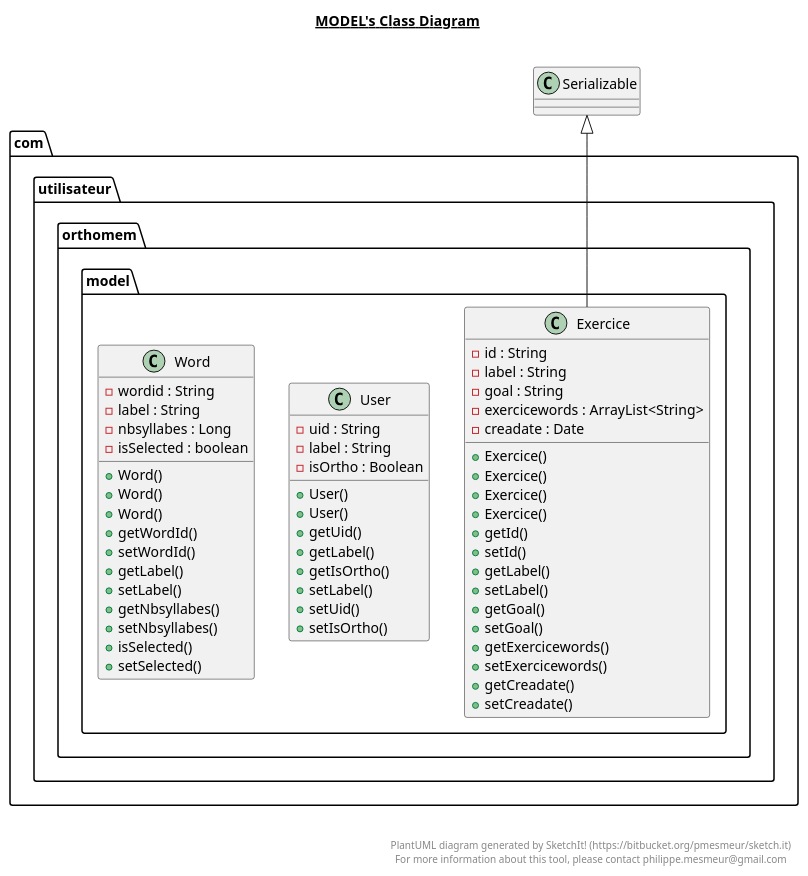
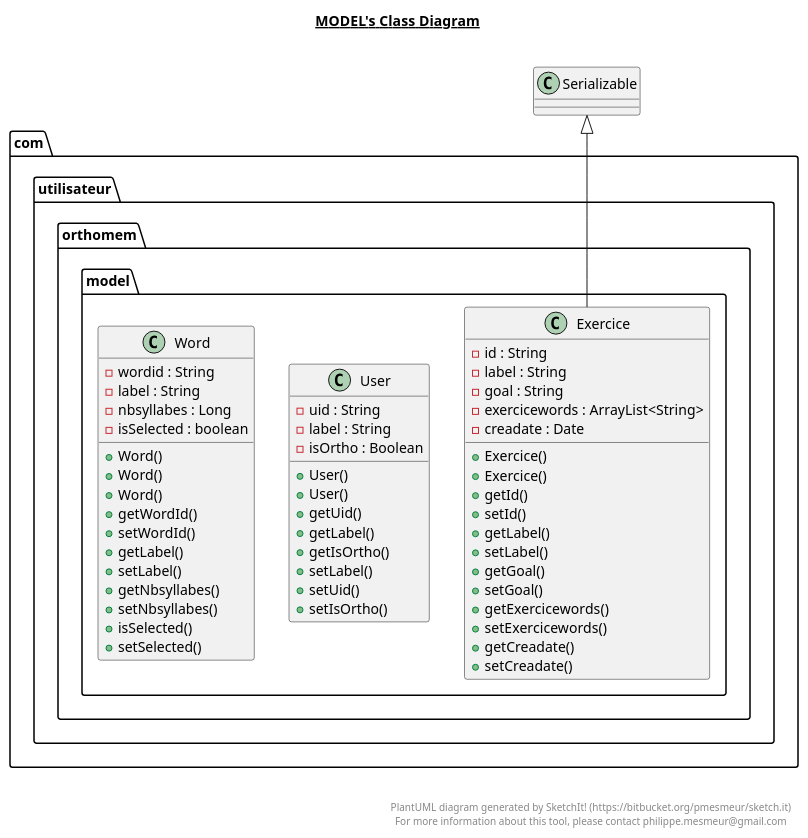
One commit to rv25oc/orthomem changed the diagram in app/src/main/java/com/utilisateur/orthomem/model/model.plantuml. Above: the diagram before and after it, drawn with PlantUML. The commit also changed 23 other files, not shown here.

```diff
--- a/app/src/main/java/com/utilisateur/orthomem/model/model.plantuml
+++ b/app/src/main/java/com/utilisateur/orthomem/model/model.plantuml
@@ -1,84 +1,82 @@
 @startuml
 
 title __MODEL's Class Diagram__\n
 
   package com.utilisateur.orthomem {
     package com.utilisateur.orthomem.model {
       class Exercice {
           - id : String
           - label : String
           - goal : String
           - exercicewords : ArrayList<String>
           - creadate : Date
-          + Exercice()
-          + Exercice()
           + Exercice()
           + Exercice()
           + getId()
           + setId()
           + getLabel()
           + setLabel()
           + getGoal()
           + setGoal()
           + getExercicewords()
           + setExercicewords()
           + getCreadate()
           + setCreadate()
       }
     }
   }
   
 
   package com.utilisateur.orthomem {
     package com.utilisateur.orthomem.model {
       class User {
           - uid : String
           - label : String
           - isOrtho : Boolean
           + User()
           + User()
           + getUid()
           + getLabel()
           + getIsOrtho()
           + setLabel()
           + setUid()
           + setIsOrtho()
       }
     }
   }
   
 
   package com.utilisateur.orthomem {
     package com.utilisateur.orthomem.model {
       class Word {
           - wordid : String
           - label : String
           - nbsyllabes : Long
           - isSelected : boolean
           + Word()
           + Word()
           + Word()
           + getWordId()
           + setWordId()
           + getLabel()
           + setLabel()
           + getNbsyllabes()
           + setNbsyllabes()
           + isSelected()
           + setSelected()
       }
     }
   }
   
 
   Exercice -up-|> Serializable
 
 
 right footer
 
 
 PlantUML diagram generated by SketchIt! (https://bitbucket.org/pmesmeur/sketch.it)
 For more information about this tool, please contact philippe.mesmeur@gmail.com
 endfooter
 
 @enduml
```
